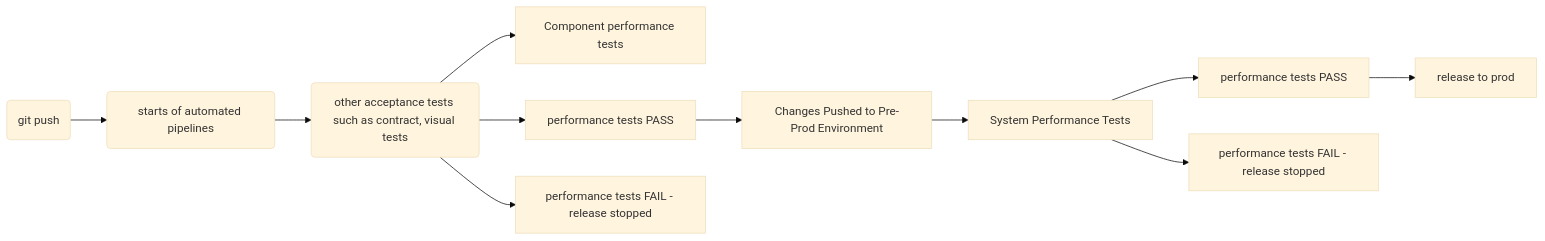
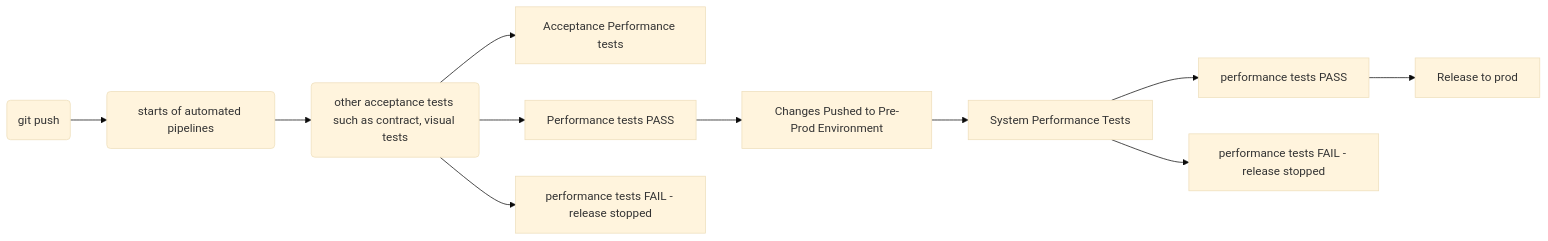
The diagram in READMECICD.md (grancu/testrepo), drawn with Mermaid (base theme) before and after one commit. The commit also changed other lines of this file and 1 other file, not shown here.

````diff
--- a/READMECICD.md
+++ b/READMECICD.md
@@ -38,14 +49,13 @@
 ```mermaid
-
 graph LR
 	A(git push) --> B(starts of automated pipelines)
 	B --> C(other acceptance tests such as contract, visual tests)
-	C --> D[Component performance tests]
-	C --> E[performance tests PASS]
+	C --> D[Acceptance Performance tests]
+	C --> E[Performance tests PASS]
 	C --> G[performance tests FAIL - release stopped]
 	E --> F[Changes Pushed to Pre-Prod Environment]
 	F --> H[System Performance Tests]
 	H --> I[performance tests PASS]
-	I --> J[release to prod]
+	I --> J[Release to prod]
 	H --> K[performance tests FAIL - release stopped]
 ```
````
